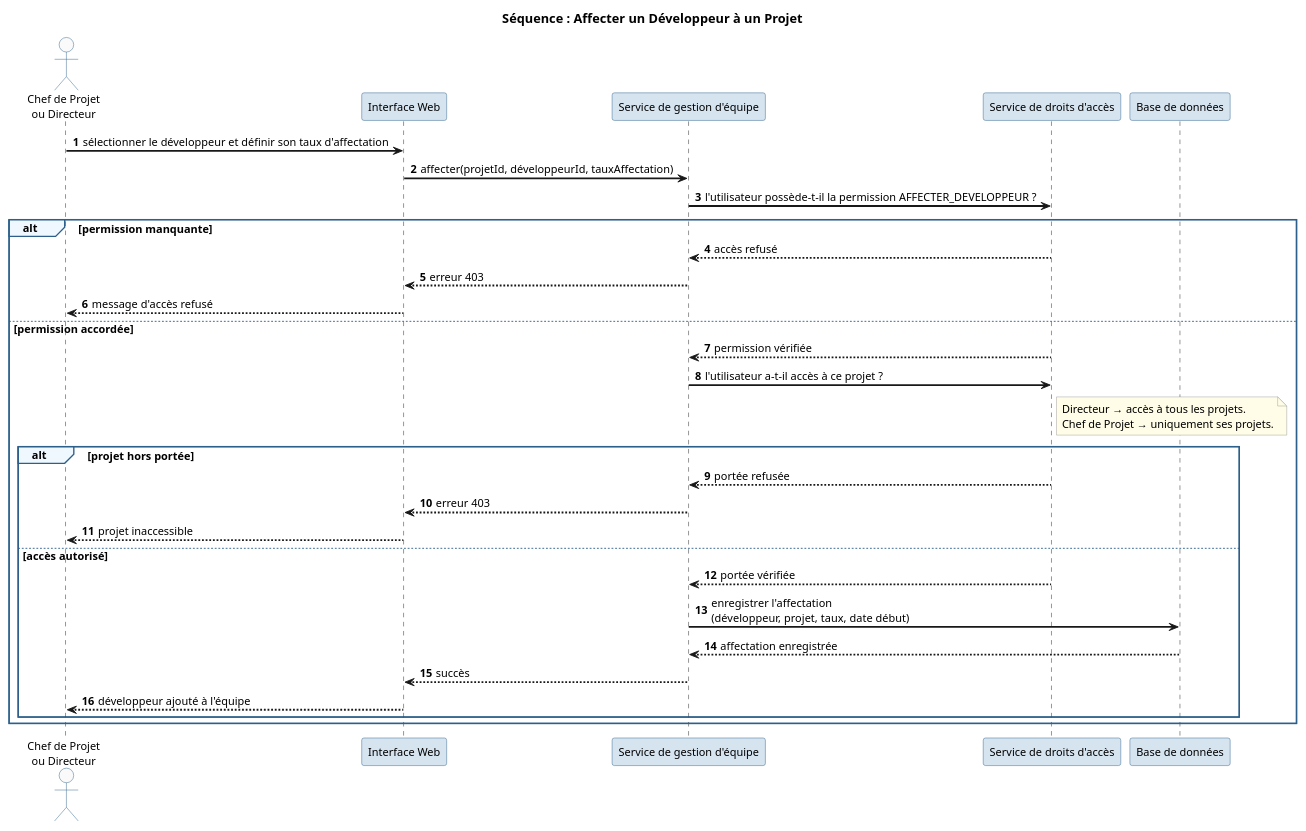
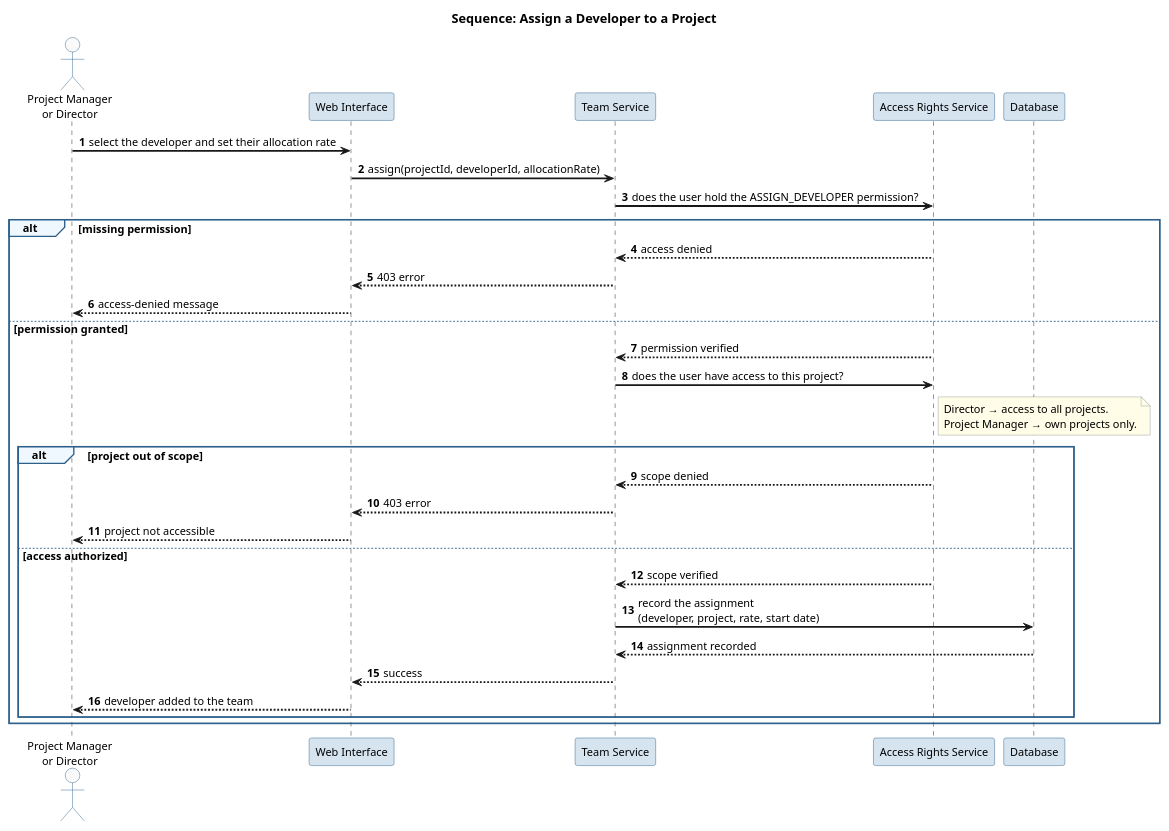
Before and after one commit to mazenrakrouki/tekup-pms-platform: the diagram in docs/uml/engineering/04-seq-assign-developer.puml, drawn with PlantUML. The commit also changed 72 other files, not shown here.

```diff
--- a/docs/uml/engineering/04-seq-assign-developer.puml
+++ b/docs/uml/engineering/04-seq-assign-developer.puml
@@ -1,55 +1,55 @@
 @startuml seq_assign_developer
-title Séquence : Affecter un Développeur à un Projet
+title Sequence: Assign a Developer to a Project
 
 autonumber
 
 skinparam shadowing false
 skinparam sequenceArrowThickness 2
 skinparam sequenceParticipantBackgroundColor #D6E4F0
 skinparam sequenceParticipantBorderColor #2C5F8A
 skinparam sequenceActorBackgroundColor #FAFAFA
 skinparam sequenceActorBorderColor #2C5F8A
 skinparam sequenceGroupBackgroundColor #F0F8FF
 skinparam sequenceGroupBorderColor #2C5F8A
 skinparam noteBorderColor #999999
 skinparam noteBackgroundColor #FFFDE7
 skinparam defaultFontName Helvetica
 skinparam defaultFontSize 12
 
-actor      "Chef de Projet\nou Directeur" as Acteur
-participant "Interface Web"               as UI
-participant "Service de gestion d'équipe" as TEAM
-participant "Service de droits d'accès"   as SEC
-participant "Base de données"             as DB
+actor      "Project Manager\nor Director" as Actor
+participant "Web Interface"               as UI
+participant "Team Service"                as TEAM
+participant "Access Rights Service"       as SEC
+participant "Database"                    as DB
 
-Acteur -> UI   : sélectionner le développeur et définir son taux d'affectation
-UI     -> TEAM : affecter(projetId, développeurId, tauxAffectation)
+Actor -> UI   : select the developer and set their allocation rate
+UI    -> TEAM : assign(projectId, developerId, allocationRate)
 
-TEAM -> SEC : l'utilisateur possède-t-il la permission AFFECTER_DEVELOPPEUR ?
-alt permission manquante
-  SEC --> TEAM : accès refusé
-  TEAM --> UI  : erreur 403
-  UI --> Acteur : message d'accès refusé
+TEAM -> SEC : does the user hold the ASSIGN_DEVELOPER permission?
+alt missing permission
+  SEC --> TEAM : access denied
+  TEAM --> UI  : 403 error
+  UI --> Actor : access-denied message
 
-else permission accordée
-  SEC  --> TEAM : permission vérifiée
+else permission granted
+  SEC  --> TEAM : permission verified
 
-  TEAM -> SEC : l'utilisateur a-t-il accès à ce projet ?
-  note right of SEC : Directeur → accès à tous les projets.\nChef de Projet → uniquement ses projets.
+  TEAM -> SEC : does the user have access to this project?
+  note right of SEC : Director → access to all projects.\nProject Manager → own projects only.
 
-  alt projet hors portée
-    SEC  --> TEAM : portée refusée
-    TEAM --> UI   : erreur 403
-    UI --> Acteur : projet inaccessible
+  alt project out of scope
+    SEC  --> TEAM : scope denied
+    TEAM --> UI   : 403 error
+    UI --> Actor : project not accessible
 
-  else accès autorisé
-    SEC  --> TEAM : portée vérifiée
-    TEAM -> DB   : enregistrer l'affectation\n(développeur, projet, taux, date début)
-    DB   --> TEAM : affectation enregistrée
-    TEAM --> UI  : succès
-    UI   --> Acteur : développeur ajouté à l'équipe
+  else access authorized
+    SEC  --> TEAM : scope verified
+    TEAM -> DB   : record the assignment\n(developer, project, rate, start date)
+    DB   --> TEAM : assignment recorded
+    TEAM --> UI  : success
+    UI   --> Actor : developer added to the team
 
   end
 end
 
 @enduml
```
